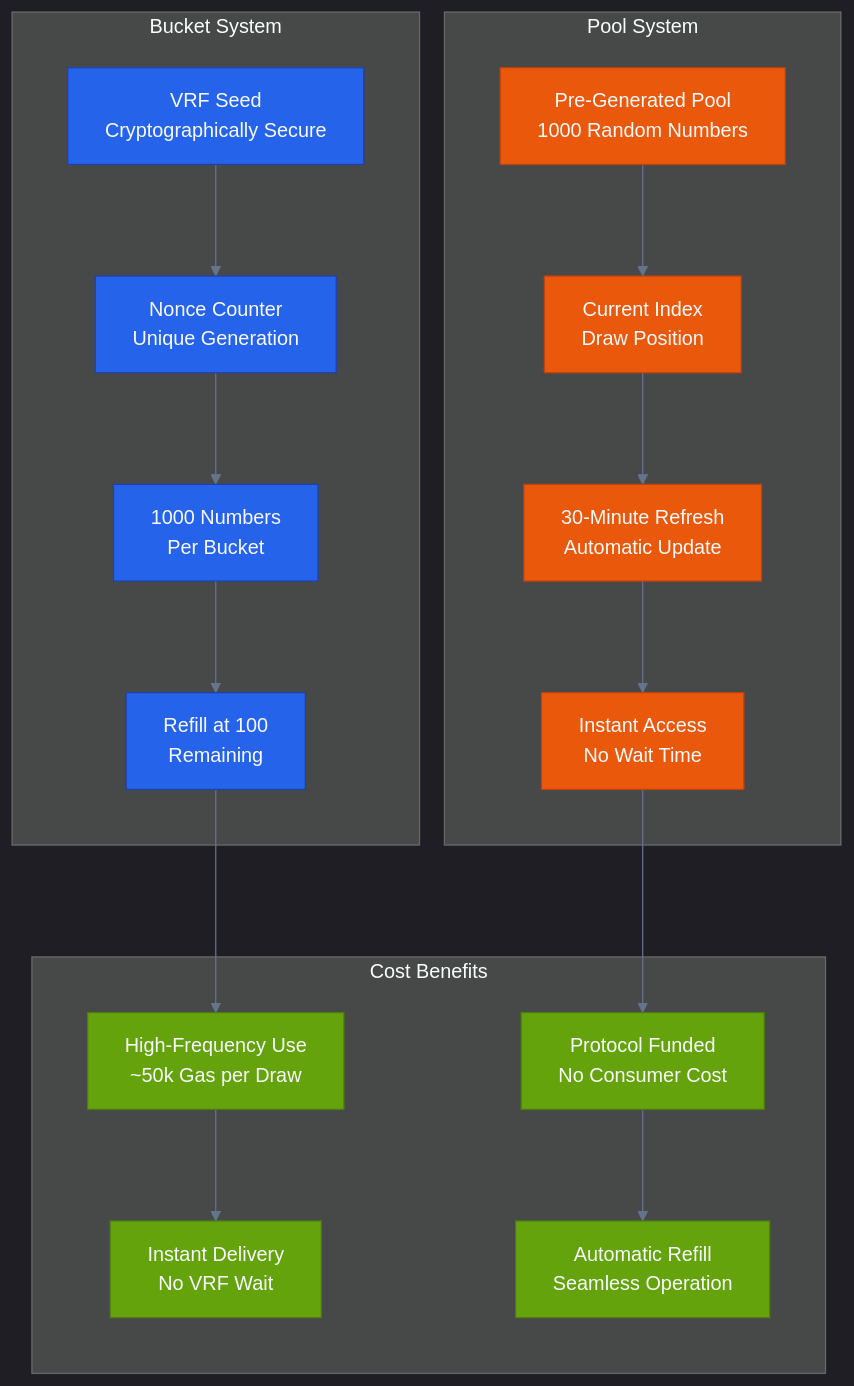
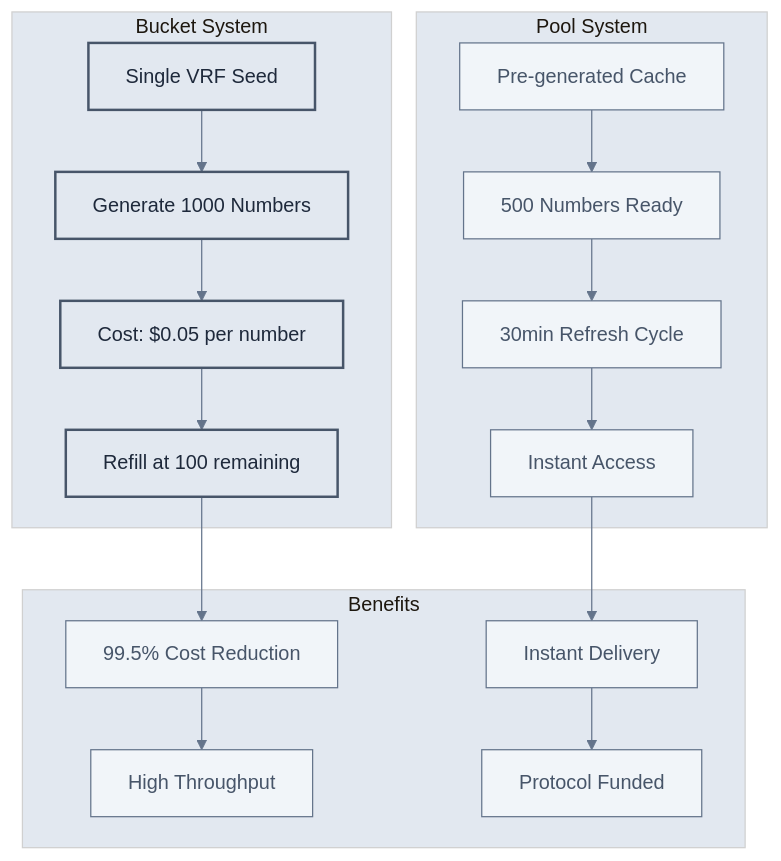
One commit to wenakita/sonicreddragon-docs changed the third of 7 diagrams in docs/contracts/randomness/overview.md. Above: the diagram before and after it, drawn with Mermaid. The commit also changed other lines of this file and 3 other files, not shown here.

````diff
--- a/docs/contracts/randomness/overview.md
+++ b/docs/contracts/randomness/overview.md
@@ -154,58 +135,57 @@
 ```mermaid
 %%{init: {
-  'theme': 'dark',
+  'theme': 'base',
   'themeVariables': {
-    'primaryColor': '#2563eb',
-    'primaryTextColor': '#f8fafc',
+    'primaryColor': '#f8fafc',
+    'primaryTextColor': '#334155',
+    'primaryBorderColor': '#64748b',
     'lineColor': '#64748b',
-    'tertiaryColor': '#0f172a'
-  },
-  'flowchart': {
-    'curve': 'basis',
-    'nodeSpacing': 70,
-    'rankSpacing': 90
+    'secondaryColor': '#f1f5f9',
+    'tertiaryColor': '#e2e8f0'
   }
 }}%%
+
 graph TD
     subgraph "Bucket System"
-        B1["VRF Seed<br/>Cryptographically Secure"]
-        B2["Nonce Counter<br/>Unique Generation"]
-        B3["1000 Numbers<br/>Per Bucket"]
-        B4["Refill at 100<br/>Remaining"]
+        B1[Single VRF Seed]
+        B2[Generate 1000 Numbers]
+        B3[Cost: $0.05 per number]
+        B4[Refill at 100 remaining]
+        
+        B1 --> B2
+        B2 --> B3
+        B3 --> B4
     end
     
     subgraph "Pool System"
-        P1["Pre-Generated Pool<br/>1000 Random Numbers"]
-        P2["Current Index<br/>Draw Position"]
-        P3["30-Minute Refresh<br/>Automatic Update"]
-        P4["Instant Access<br/>No Wait Time"]
+        P1[Pre-generated Cache]
+        P2[500 Numbers Ready]
+        P3[30min Refresh Cycle]
+        P4[Instant Access]
+        
+        P1 --> P2
+        P2 --> P3
+        P3 --> P4
     end
     
-    subgraph "Cost Benefits"
-        C1["High-Frequency Use<br/>~50k Gas per Draw"]
-        C2["Protocol Funded<br/>No Consumer Cost"]
-        C3["Instant Delivery<br/>No VRF Wait"]
-        C4["Automatic Refill<br/>Seamless Operation"]
+    subgraph "Benefits"
+        BN1[99.5% Cost Reduction]
+        BN2[Instant Delivery]
+        BN3[High Throughput]
+        BN4[Protocol Funded]
     end
     
-    B1 --> B2
-    B2 --> B3
-    B3 --> B4
-    B4 --> C1
-    
-    P1 --> P2
-    P2 --> P3
-    P3 --> P4
-    P4 --> C2
-    
-    C1 --> C3
-    C2 --> C4
-    
-    classDef bucket fill:#2563eb,stroke:#1e40af,color:#f8fafc
-    classDef pool fill:#ea580c,stroke:#c2410c,color:#f8fafc
-    classDef cost fill:#65a30d,stroke:#4d7c0f,color:#f8fafc
+    B4 --> BN1
+    P4 --> BN2
+    BN1 --> BN3
+    BN2 --> BN4
+
+    classDef default fill:#f8fafc,stroke:#64748b,stroke-width:2px,color:#334155
+    classDef bucket fill:#e2e8f0,stroke:#475569,stroke-width:2px,color:#1e293b
+    classDef pool fill:#f1f5f9,stroke:#64748b,stroke-width:1px,color:#475569
+    classDef benefit fill:#f1f5f9,stroke:#64748b,stroke-width:1px,color:#475569
     
     class B1,B2,B3,B4 bucket
     class P1,P2,P3,P4 pool
-    class C1,C2,C3,C4 cost
+    class BN1,BN2,BN3,BN4 benefit
 ```
````
